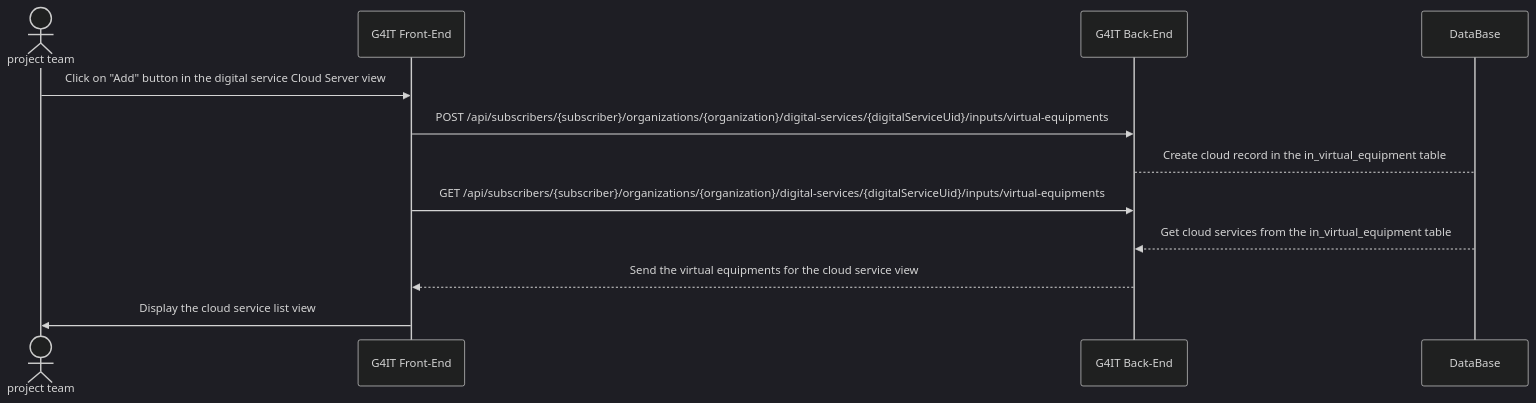
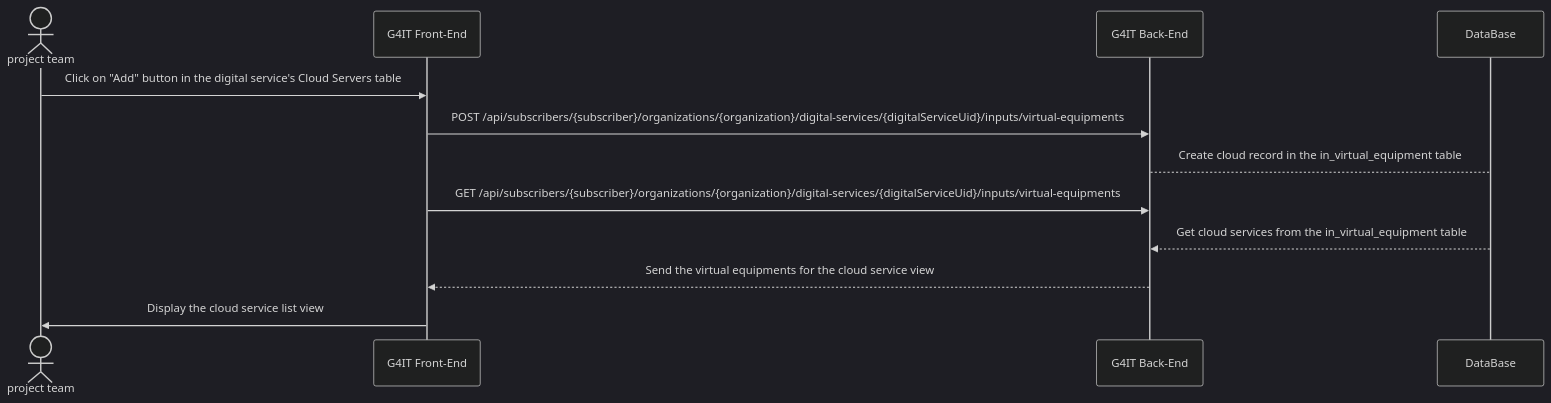
The diagram in services/documentation/content/2-functional-documentation/use_cases/uc_digital_services/uc3_add_visualize_equipments/uc3_add_visualize_cloud_services/add_visualize_cloud_services_via_forms.md (teamg4it/g4it), drawn with Mermaid (dark theme) before and after one commit. The commit also changed other lines of this file and 67 other files, not shown here.

```diff
--- a/services/documentation/content/2-functional-documentation/use_cases/uc_digital_services/uc3_add_visualize_equipments/uc3_add_visualize_cloud_services/add_visualize_cloud_services_via_forms.md
+++ b/services/documentation/content/2-functional-documentation/use_cases/uc_digital_services/uc3_add_visualize_equipments/uc3_add_visualize_cloud_services/add_visualize_cloud_services_via_forms.md
@@ -48,16 +48,16 @@
 {{< mermaid >}}
 sequenceDiagram
 actor RND as project team
 participant front as G4IT Front-End
 participant back as G4IT Back-End
 participant DataBase
 
-RND ->> front: Click on "Add" button in the digital service Cloud Server view
+RND ->> front: Click on "Add" button in the digital service's Cloud Servers table
 front ->> back: POST /api/subscribers/{subscriber}/organizations/{organization}/digital-services/{digitalServiceUid}/inputs/virtual-equipments
 back--> DataBase: Create cloud record in the in_virtual_equipment table
 front ->> back: GET /api/subscribers/{subscriber}/organizations/{organization}/digital-services/{digitalServiceUid}/inputs/virtual-equipments
 DataBase -->> back: Get cloud services from the in_virtual_equipment table
 back -->> front: Send the virtual equipments for the cloud service view
 front->> RND : Display the cloud service list view
 
 {{< /mermaid >}}
```
